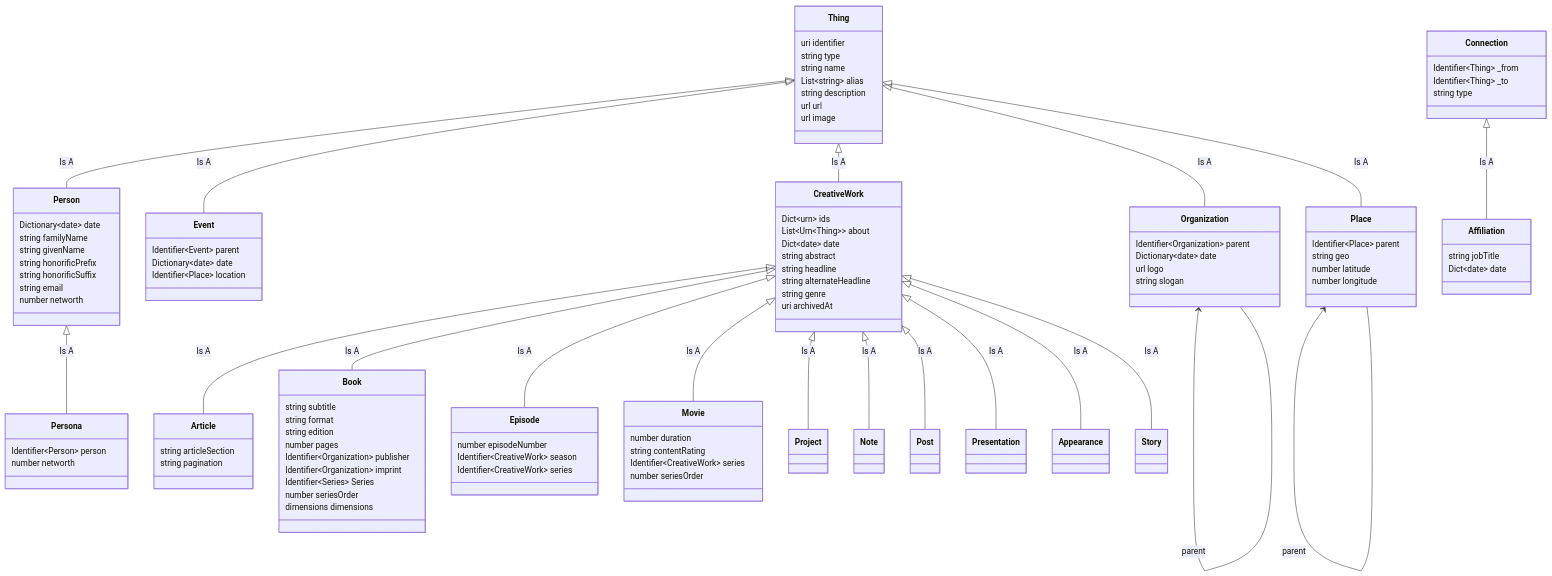
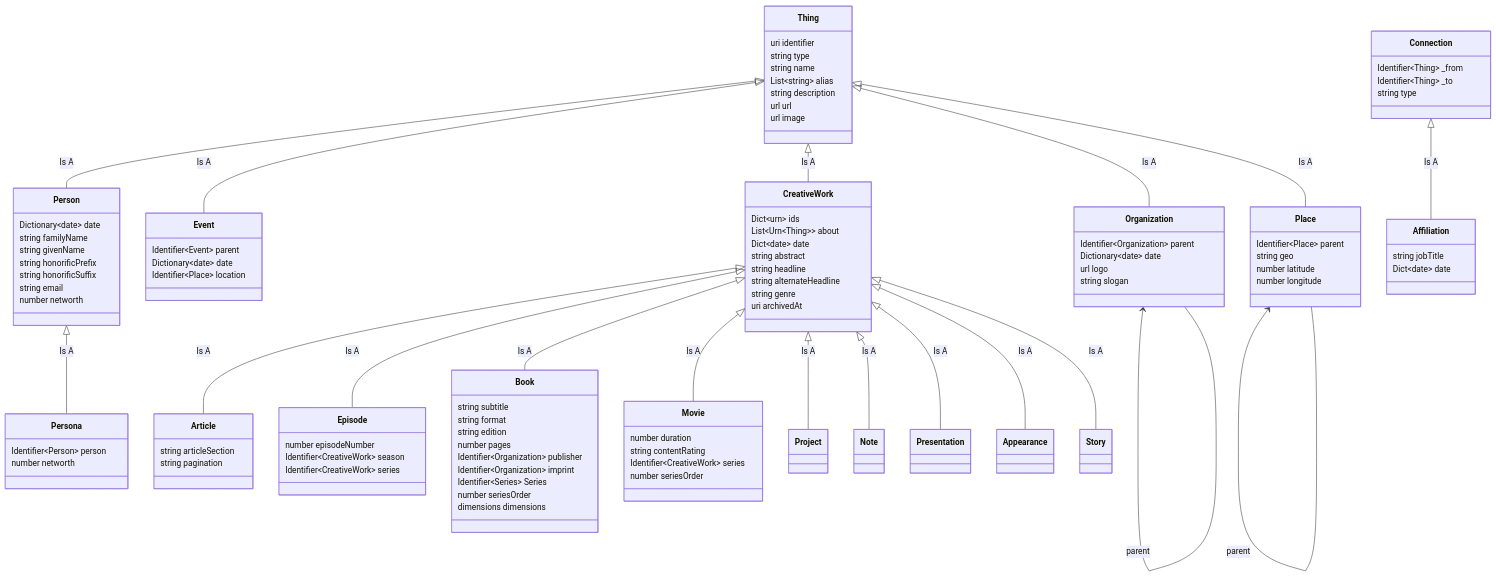
Before and after one commit to eaton/schema: the diagram in README.md, drawn with Mermaid. The commit also changed other lines of this file and 23 other files, not shown here.

```diff
--- a/README.md
+++ b/README.md
@@ -93,6 +90,13 @@
     }
     CreativeWork <|-- Article : Is A
 
+    class Episode {
+        number episodeNumber
+        Identifier~CreativeWork~ season
+        Identifier~CreativeWork~ series
+    }
+    CreativeWork <|-- Episode : Is A
+
     class Book {
         string subtitle
         string format
@@ -105,13 +109,6 @@
         dimensions dimensions
     }
     CreativeWork <|-- Book : Is A
-
-    class Episode {
-        number episodeNumber
-        Identifier~CreativeWork~ season
-        Identifier~CreativeWork~ series
-    }
-    CreativeWork <|-- Episode : Is A
 
     class Movie {
         number duration
@@ -130,11 +127,6 @@
 
     }
     CreativeWork <|-- Note : Is A
-
-    class Post {
-
-    }
-    CreativeWork <|-- Post : Is A
 
     class Presentation {
 
```
